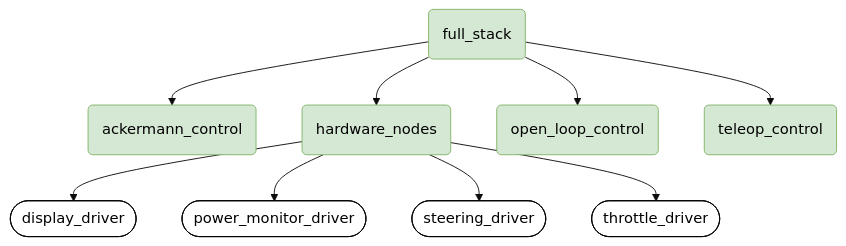
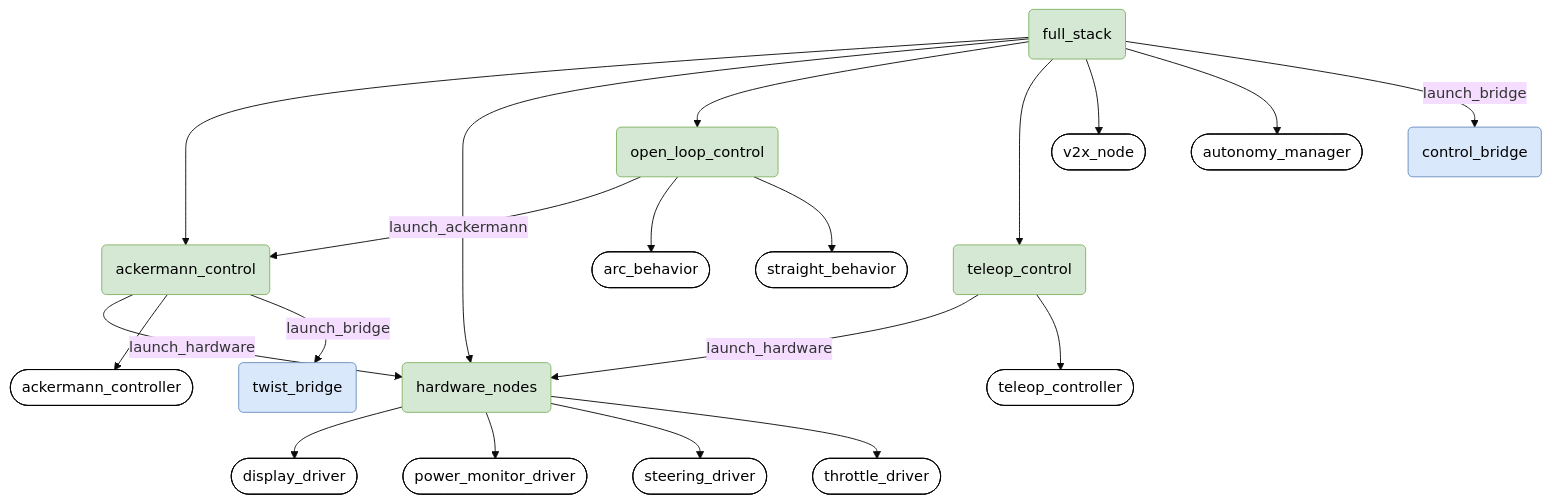
The diagram in README.md (vcuopencity/piracer), drawn with Mermaid (base theme) before and after one commit.

Commit message:
Finalized initial diagram
Added all the elements from the current flow chart to the Mermaid
implementation.

README.md
* added the remaining elements missing from the flow chart

````diff
--- a/README.md
+++ b/README.md
@@ -27,17 +27,38 @@
 ```mermaid
     flowchart TD
         full_stack(full_stack) --> ackermann_control(ackermann_control)
-        full_stack(full_stack) --> hardware_nodes(hardware_nodes)
+            ackermann_control -->|launch_hardware| hardware_nodes
+            ackermann_control --> ackermann_controller([ackermann_controller])
+            ackermann_control -->|launch_bridge| twist_bridge(twist_bridge)
+        
+        full_stack --> hardware_nodes(hardware_nodes)
             hardware_nodes --> display_driver([display_driver])
             hardware_nodes --> power_monitor_driver([power_monitor_driver])
             hardware_nodes --> steering_driver([steering_driver])
             hardware_nodes --> throttle_driver([throttle_driver])
-        full_stack(full_stack) --> open_loop_control(open_loop_control)
-        full_stack(full_stack) --> teleop_control(teleop_control)
+        
+        full_stack --> open_loop_control(open_loop_control)
+            open_loop_control -->|launch_ackermann| ackermann_control
+            open_loop_control --> arc_behavior([arc_behavior])
+            open_loop_control --> straight_behavior([straight_behavior])
+        
+        full_stack --> teleop_control(teleop_control)
+            teleop_control -->|launch_hardware|hardware_nodes
+            teleop_control --> teleop_controller([teleop_controller])
+        
+        full_stack --> v2x_node([v2x_node])
+        full_stack --> autonomy_manager([autonomy_manager])
+
+        full_stack -->|launch_bridge|control_bridge(control_bridge)
     
         classDef launch_file fill:#D5E8D4,stroke:#82B366,color:black;
+        classDef bridge_launch_file fill:#DAE8FC,stroke:#6C8EBF,color:black;
         classDef nodes fill:#FFFFFF,stroke:#000000,color:black;
         
-        class display_driver,power_monitor_driver,steering_driver,throttle_driver nodes;
+        class display_driver,power_monitor_driver,steering_driver,throttle_driver,ackermann_controller,teleop_controller,arc_behavior,straight_behavior,v2x_node,autonomy_manager nodes;
         class ackermann_control,hardware_nodes,open_loop_control,teleop_control,full_stack launch_file;
+        class twist_bridge,control_bridge bridge_launch_file;
+
+        %% the only way to style links is by manually selecting each
+        %%linkStyle 3 stroke:blue;
 ```
````
